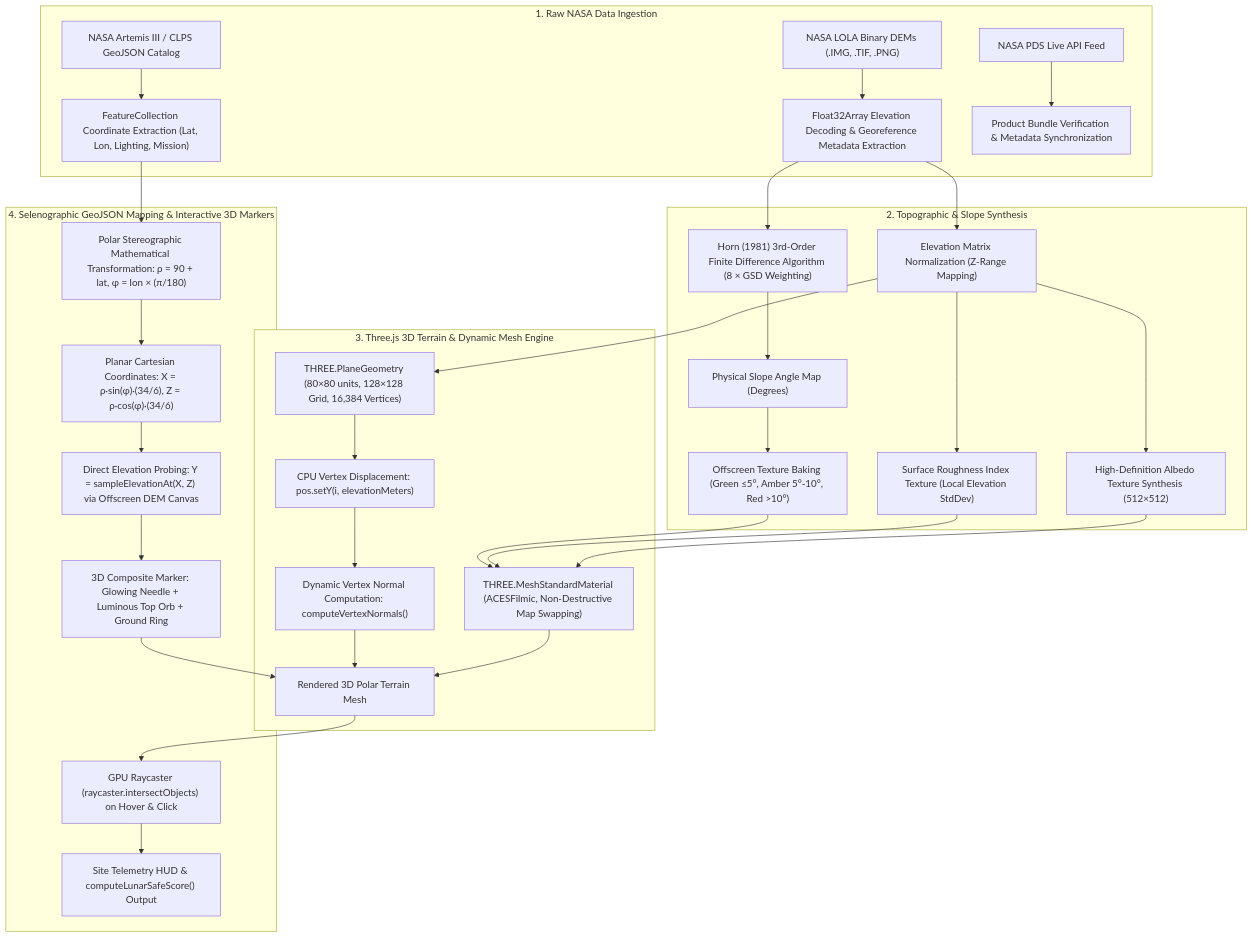
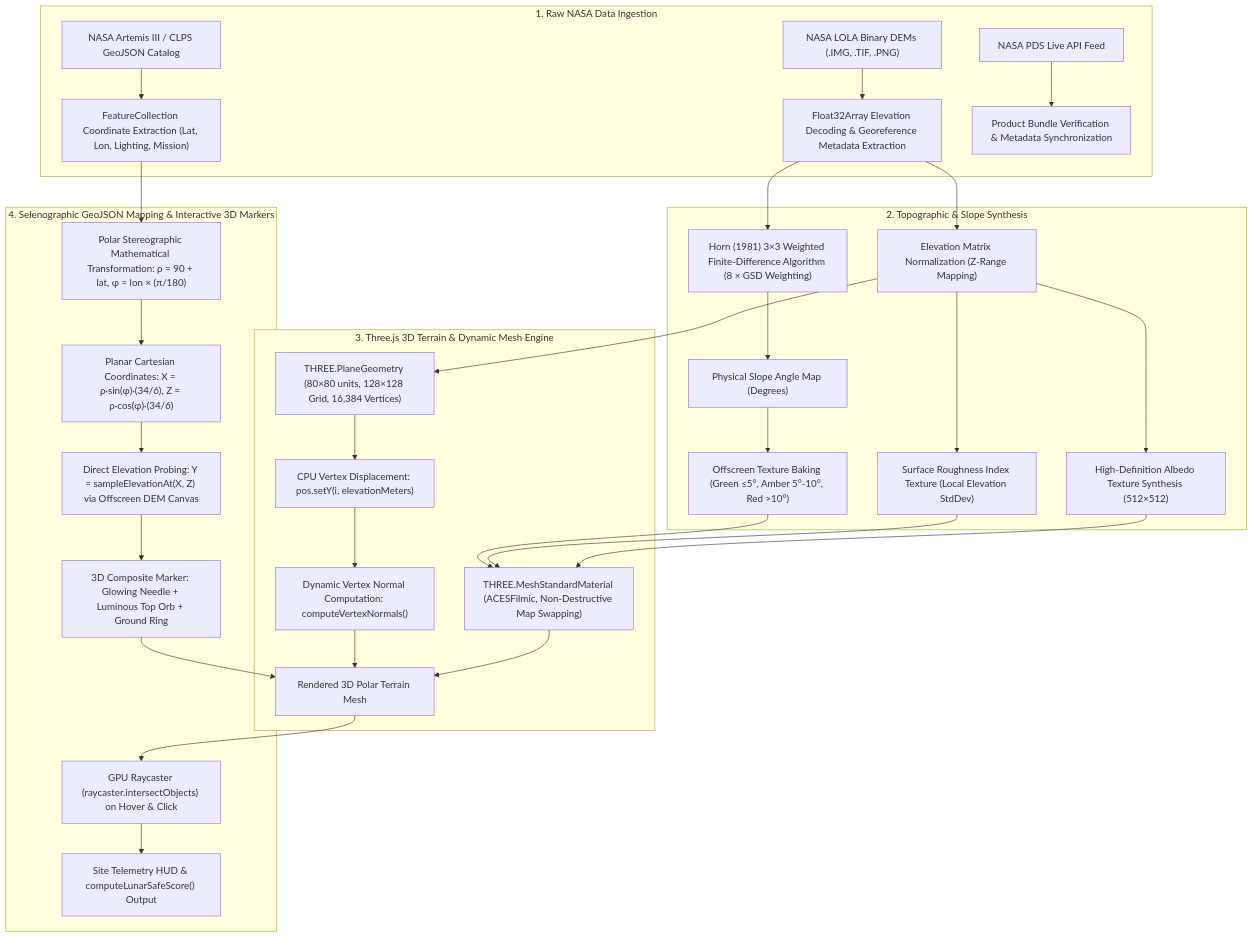
One commit to darshan1972/LunarSafe-CLPS-Browser changed the diagram in DATA_PROVENANCE_REPORT.md. Above: the diagram before and after it, drawn with Mermaid. The commit also changed other lines of this file and 18 other files, not shown here.

````diff
--- a/DATA_PROVENANCE_REPORT.md
+++ b/DATA_PROVENANCE_REPORT.md
@@ -94,35 +103,35 @@
 ```mermaid
 flowchart TD
     subgraph S1["1. Raw NASA Data Ingestion"]
         A1["NASA LOLA Binary DEMs (.IMG, .TIF, .PNG)"] --> B1["Float32Array Elevation Decoding & Georeference Metadata Extraction"]
         A2["NASA Artemis III / CLPS GeoJSON Catalog"] --> B2["FeatureCollection Coordinate Extraction (Lat, Lon, Lighting, Mission)"]
         A3["NASA PDS Live API Feed"] --> B3["Product Bundle Verification & Metadata Synchronization"]
     end
 
     subgraph S2["2. Topographic & Slope Synthesis"]
         B1 --> C1["Elevation Matrix Normalization (Z-Range Mapping)"]
-        B1 --> C2["Horn (1981) 3rd-Order Finite Difference Algorithm (8 × GSD Weighting)"]
+        B1 --> C2["Horn (1981) 3×3 Weighted Finite-Difference Algorithm (8 × GSD Weighting)"]
         C2 --> D1["Physical Slope Angle Map (Degrees)"]
         D1 --> D2["Offscreen Texture Baking (Green ≤5°, Amber 5°-10°, Red >10°)"]
         C1 --> D3["Surface Roughness Index Texture (Local Elevation StdDev)"]
         C1 --> D4["High-Definition Albedo Texture Synthesis (512×512)"]
     end
 
     subgraph S3["3. Three.js 3D Terrain & Dynamic Mesh Engine"]
         C1 --> E1["THREE.PlaneGeometry (80×80 units, 128×128 Grid, 16,384 Vertices)"]
         E1 --> E2["CPU Vertex Displacement: pos.setY(i, elevationMeters)"]
         E2 --> E3["Dynamic Vertex Normal Computation: computeVertexNormals()"]
         D2 & D3 & D4 --> E4["THREE.MeshStandardMaterial (ACESFilmic, Non-Destructive Map Swapping)"]
         E3 & E4 --> E5["Rendered 3D Polar Terrain Mesh"]
     end
 
     subgraph S4["4. Selenographic GeoJSON Mapping & Interactive 3D Markers"]
         B2 --> F1["Polar Stereographic Mathematical Transformation: ρ = 90 + lat, φ = lon × (π/180)"]
         F1 --> F2["Planar Cartesian Coordinates: X = ρ·sin(φ)·(34/6), Z = ρ·cos(φ)·(34/6)"]
         F2 --> F3["Direct Elevation Probing: Y = sampleElevationAt(X, Z) via Offscreen DEM Canvas"]
         F3 --> F4["3D Composite Marker: Glowing Needle + Luminous Top Orb + Ground Ring"]
         F4 --> E5
         E5 --> G1["GPU Raycaster (raycaster.intersectObjects) on Hover & Click"]
         G1 --> G2["Site Telemetry HUD & computeLunarSafeScore() Output"]
     end
 ```
````
